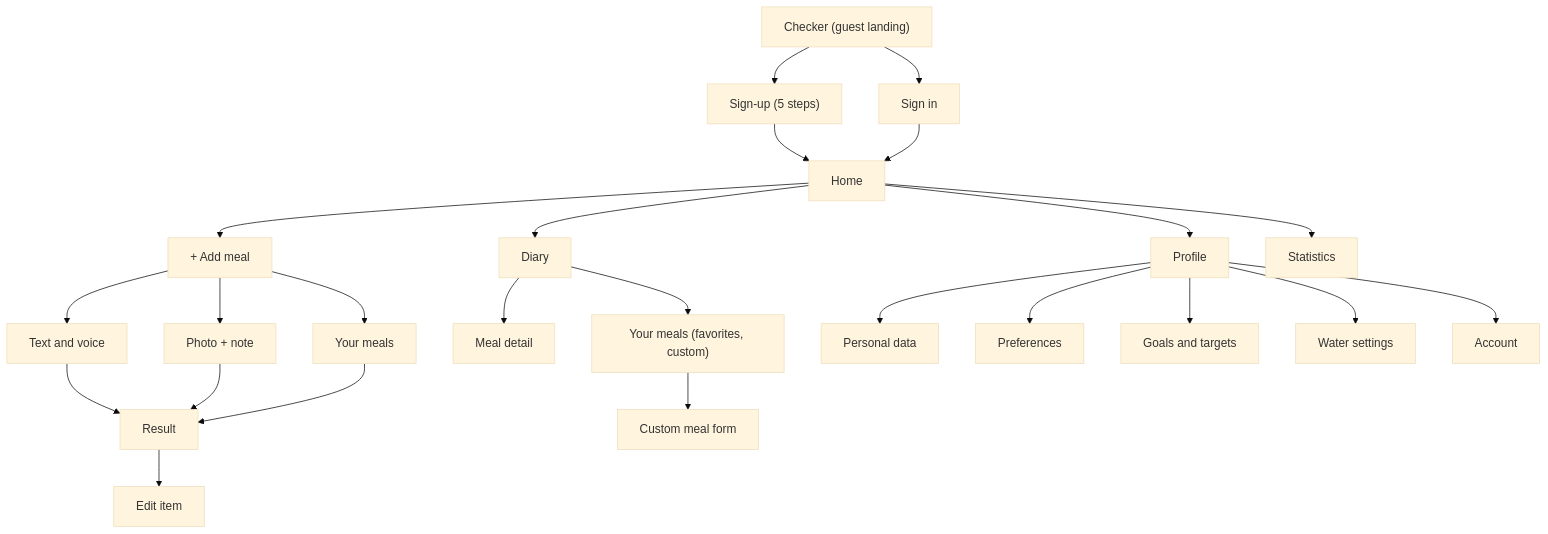
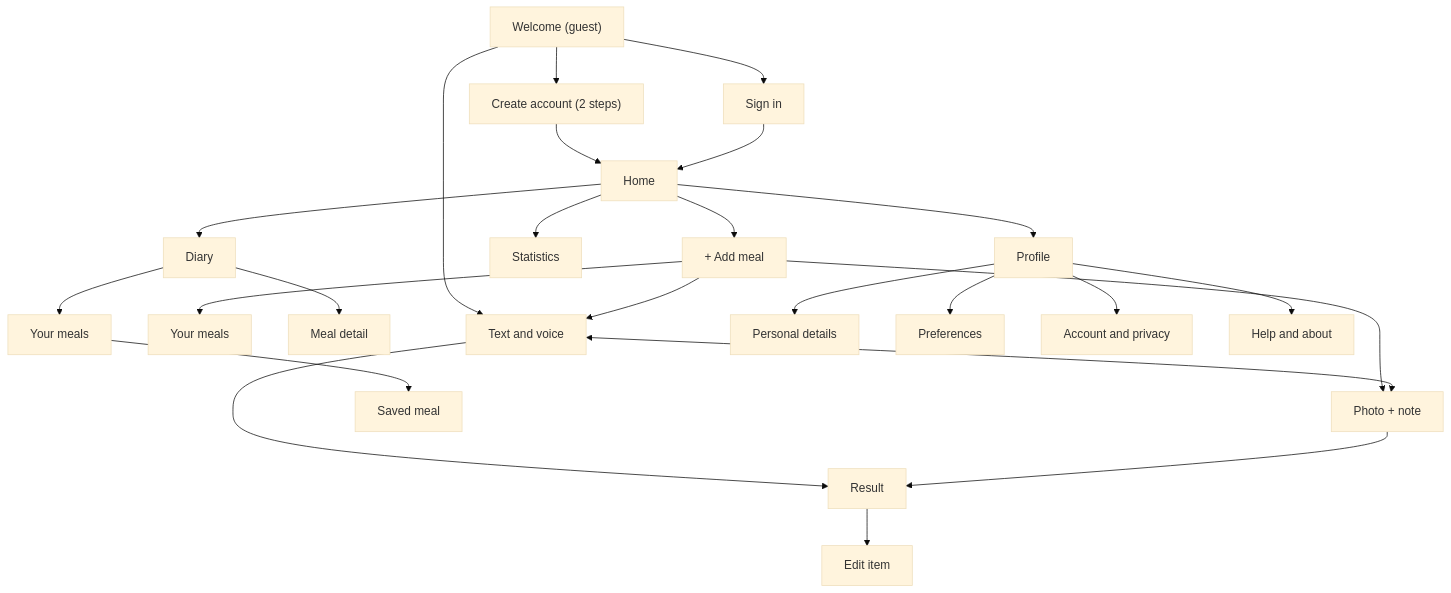
Before and after one commit to vnikiforovski/hci-calorie-app: the first of 2 diagrams in docs/05-structure-and-interaction.md, drawn with Mermaid (base theme). The commit also changed other lines of this file and 24 other files, not shown here.

````diff
--- a/docs/05-structure-and-interaction.md
+++ b/docs/05-structure-and-interaction.md
@@ -35,26 +34,26 @@
 ```mermaid
 flowchart TD
-    G["Checker (guest landing)"] --> SI["Sign in"]
-    G --> SU["Sign-up (5 steps)"]
+    W["Welcome (guest)"] --> SI["Sign in"]
+    W --> SU["Create account (2 steps)"]
+    W --> TV
     SU --> H
     SI --> H
     H["Home"] --> ADD["+ Add meal"]
     H --> D["Diary"]
+    H --> ST["Statistics"]
     H --> P["Profile"]
-    H --> ST["Statistics"]
     ADD --> TV["Text and voice"]
     ADD --> PH["Photo + note"]
     ADD --> YM["Your meals"]
+    TV <--> PH
     TV --> R["Result"]
     PH --> R
-    YM --> R
     R --> EI["Edit item"]
     D --> MD["Meal detail"]
-    D --> YML["Your meals (favorites, custom)"]
-    YML --> CF["Custom meal form"]
-    P --> PD["Personal data"]
+    D --> YML["Your meals"]
+    YML --> SM["Saved meal"]
+    P --> PD["Personal details"]
     P --> PR["Preferences"]
-    P --> GT["Goals and targets"]
-    P --> W["Water settings"]
-    P --> AC["Account"]
+    P --> AC["Account and privacy"]
+    P --> HA["Help and about"]
 ```
````
